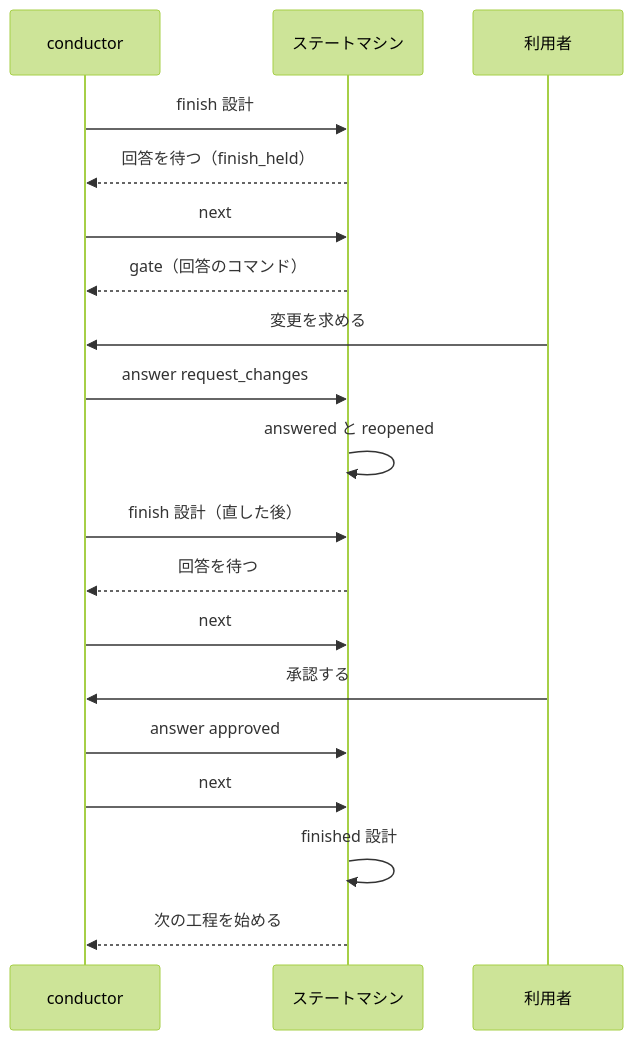
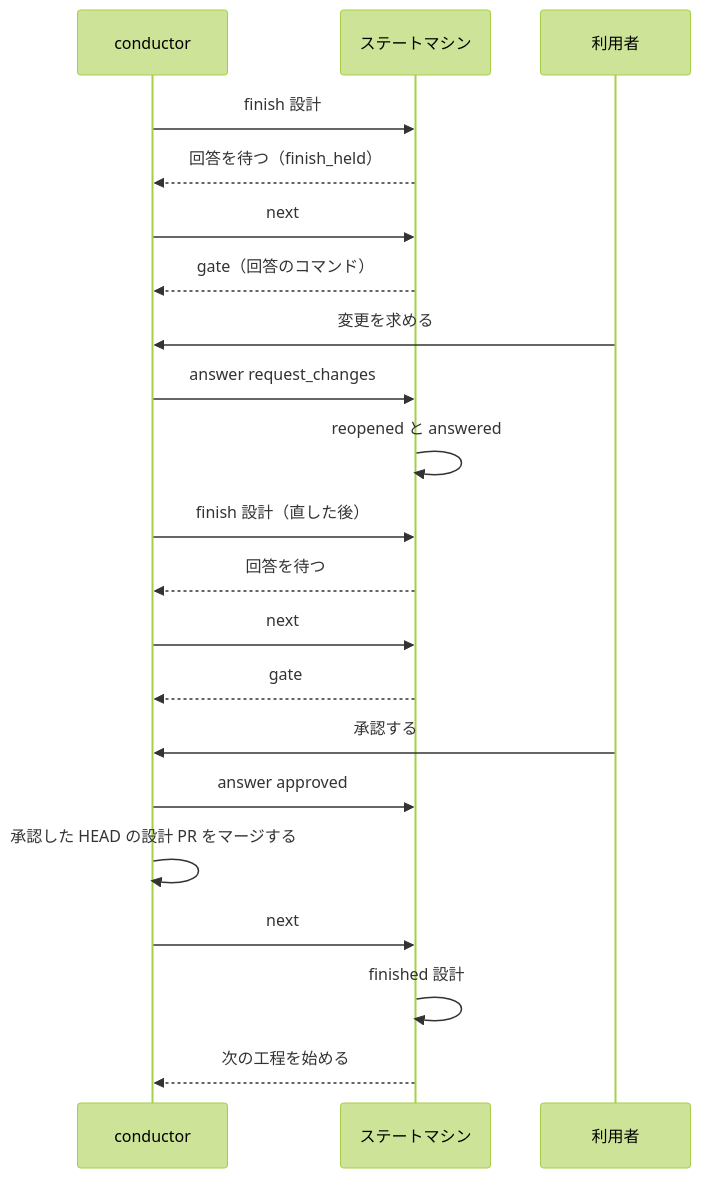
The fourth of 5 diagrams in issues/issue-4520-design.md (devbasex/ai-plugins), drawn with Mermaid (forest theme) before and after one commit. The commit also changed other lines of this file and 3 other files, not shown here.

````diff
--- a/issues/issue-4520-design.md
+++ b/issues/issue-4520-design.md
@@ -178,21 +222,23 @@
 ```mermaid
 sequenceDiagram
   participant C as conductor
   participant M as ステートマシン
   participant U as 利用者
   C->>M: finish 設計
   M-->>C: 回答を待つ（finish_held）
   C->>M: next
   M-->>C: gate（回答のコマンド）
   U->>C: 変更を求める
   C->>M: answer request_changes
-  M->>M: answered と reopened
+  M->>M: reopened と answered
   C->>M: finish 設計（直した後）
   M-->>C: 回答を待つ
   C->>M: next
+  M-->>C: gate
   U->>C: 承認する
   C->>M: answer approved
+  C->>C: 承認した HEAD の設計 PR をマージする
   C->>M: next
   M->>M: finished 設計
   M-->>C: 次の工程を始める
 ```
````
